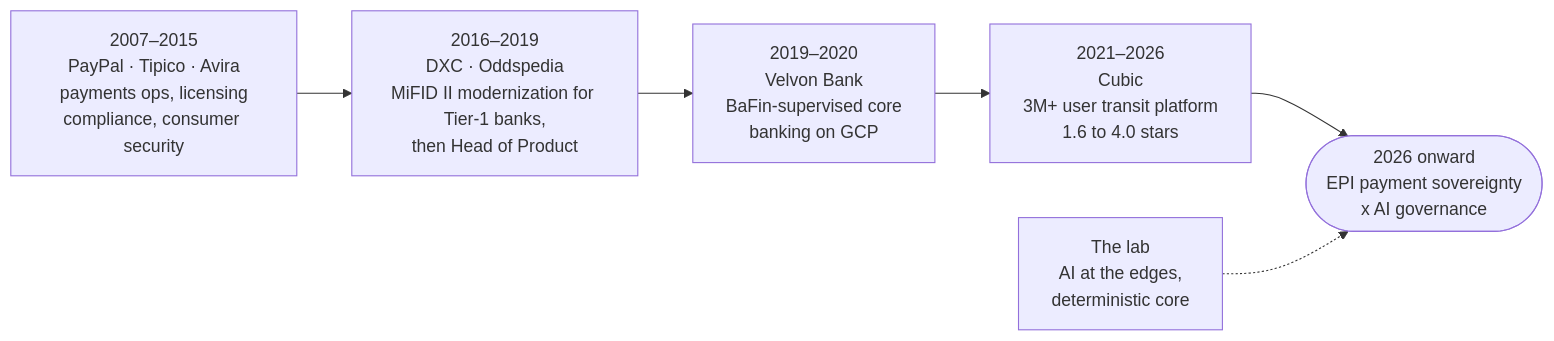
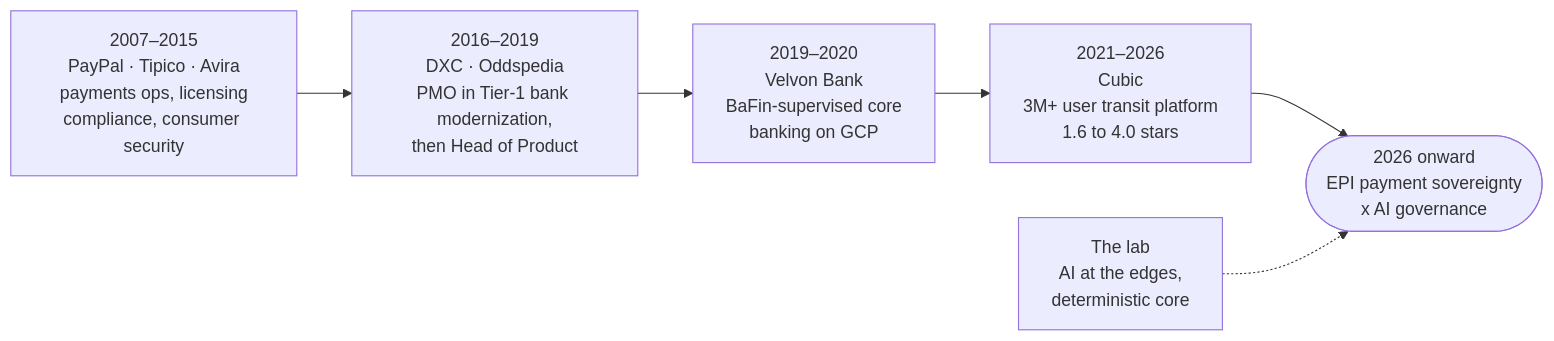
The diagram in README.md (maurice-jobst/maurice-jobst), drawn with Mermaid before and after one commit. The commit also changed other lines of this file and 4 other files, not shown here.

````diff
--- a/README.md
+++ b/README.md
@@ -37,12 +37,12 @@
 ```mermaid
 flowchart LR
     A["2007–2015<br/>PayPal · Tipico · Avira<br/>payments ops, licensing<br/>compliance, consumer security"]
-    B["2016–2019<br/>DXC · Oddspedia<br/>MiFID II modernization for Tier-1 banks,<br/>then Head of Product"]
+    B["2016–2019<br/>DXC · Oddspedia<br/>PMO in Tier-1 bank modernization,<br/>then Head of Product"]
     C["2019–2020<br/>Velvon Bank<br/>BaFin-supervised core<br/>banking on GCP"]
     D["2021–2026<br/>Cubic<br/>3M+ user transit platform<br/>1.6 to 4.0 stars"]
     E(["2026 onward<br/>EPI payment sovereignty<br/>x AI governance"])
     L["The lab<br/>AI at the edges,<br/>deterministic core"]
 
     A --> B --> C --> D --> E
     L -.-> E
 ```
````
